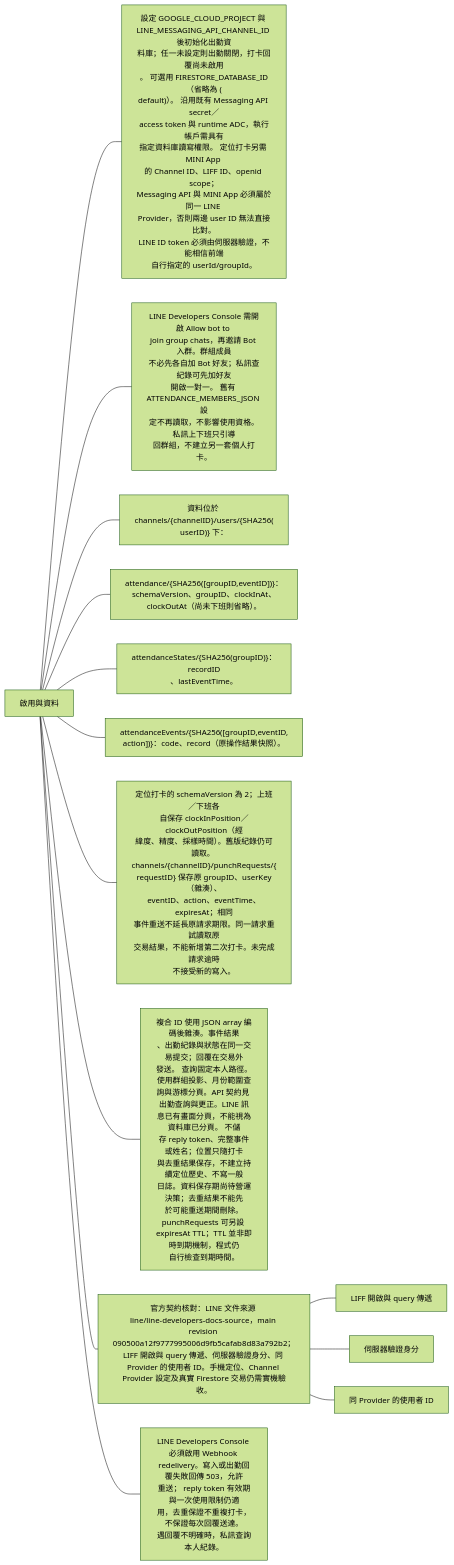
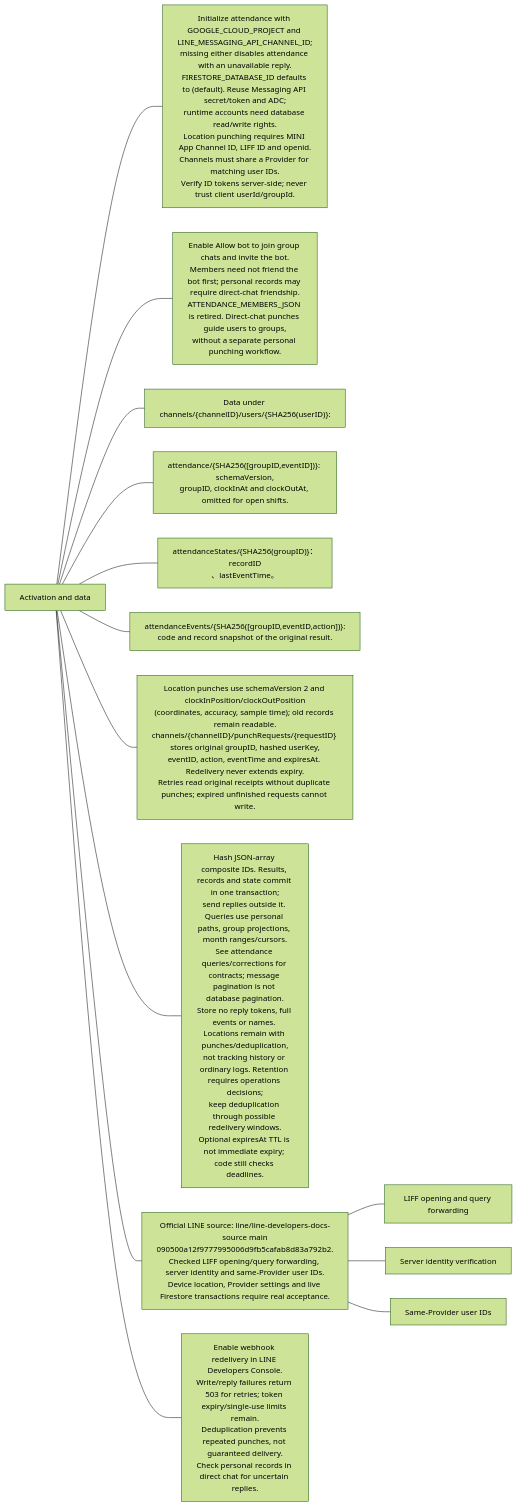
One commit to 963sup/line-mini-app-bot changed the sixth of 15 diagrams in docs/domains/attendance/README.md. Above: the diagram before and after it, drawn with Mermaid (forest theme). The commit also changed other lines of this file and 341 other files, not shown here.

````diff
--- a/docs/domains/attendance/README.md
+++ b/docs/domains/attendance/README.md
@@ -123,21 +137,21 @@
 ```mermaid
 flowchart LR
-  h["啟用與資料"]
-  h --- n0["設定 GOOGLE_CLOUD_PROJECT 與 <br/>LINE_MESSAGING_API_CHANNEL_ID 後初始化出勤資<br/>料庫；任一未設定則出勤關閉，打卡回覆尚未啟用<br/>。 可選用 FIRESTORE_DATABASE_ID（省略為 (<br/>default)）。 沿用既有 Messaging API secret／<br/>access token 與 runtime ADC，執行帳戶需具有<br/>指定資料庫讀寫權限。 定位打卡另需 MINI App <br/>的 Channel ID、LIFF ID、openid scope；<br/>Messaging API 與 MINI App 必須屬於同一 LINE <br/>Provider，否則兩邊 user ID 無法直接比對。<br/>LINE ID token 必須由伺服器驗證，不能相信前端<br/>自行指定的 userId/groupId。"]
-  h --- n1["LINE Developers Console 需開啟 Allow bot to <br/>join group chats，再邀請 Bot 入群。群組成員<br/>不必先各自加 Bot 好友；私訊查紀錄可先加好友<br/>開啟一對一。 舊有 ATTENDANCE_MEMBERS_JSON 設<br/>定不再讀取，不影響使用資格。私訊上下班只引導<br/>回群組，不建立另一套個人打卡。"]
-  h --- n2["資料位於 channels/{channelID}/users/{SHA256(<br/>userID)} 下："]
-  h --- n3["attendance/{SHA256([groupID,eventID])}：<br/>schemaVersion、groupID、clockInAt、<br/>clockOutAt（尚未下班則省略）。"]
+  h["Activation and data"]
+  h --- n0["Initialize attendance with GOOGLE_CLOUD_PROJECT and LINE_MESSAGING_API_CHANNEL_ID;<br/>missing either disables attendance with an unavailable reply.<br/>FIRESTORE_DATABASE_ID defaults to (default). Reuse Messaging API secret/token and ADC;<br/>runtime accounts need database read/write rights.<br/>Location punching requires MINI App Channel ID, LIFF ID and openid.<br/>Channels must share a Provider for matching user IDs.<br/>Verify ID tokens server-side; never trust client userId/groupId."]
+  h --- n1["Enable Allow bot to join group chats and invite the bot.<br/>Members need not friend the bot first; personal records may require direct-chat friendship.<br/>ATTENDANCE_MEMBERS_JSON is retired. Direct-chat punches guide users to groups,<br/>without a separate personal punching workflow."]
+  h --- n2["Data under channels/{channelID}/users/{SHA256(userID)}:"]
+  h --- n3["attendance/{SHA256([groupID,eventID])}: schemaVersion,<br/>groupID, clockInAt and clockOutAt, omitted for open shifts."]
   h --- n4["attendanceStates/{SHA256(groupID)}：recordID<br/>、lastEventTime。"]
-  h --- n5["attendanceEvents/{SHA256([groupID,eventID,<br/>action])}：code、record（原操作結果快照）。"]
-  h --- n6["定位打卡的 schemaVersion 為 2；上班／下班各<br/>自保存 clockInPosition／clockOutPosition（經<br/>緯度、精度、採樣時間）。舊版紀錄仍可讀取。 <br/>channels/{channelID}/punchRequests/{<br/>requestID} 保存原 groupID、userKey（雜湊）、<br/>eventID、action、eventTime、expiresAt；相同<br/>事件重送不延長原請求期限。同一請求重試讀取原<br/>交易結果，不能新增第二次打卡。未完成請求逾時<br/>不接受新的寫入。"]
-  h --- n7["複合 ID 使用 JSON array 編碼後雜湊。事件結果<br/>、出勤紀錄與狀態在同一交易提交；回覆在交易外<br/>發送。 查詢固定本人路徑。使用群組投影、月份範圍查詢與游標分頁。API 契約見 出勤查詢與更正。LINE 訊<br/>息已有畫面分頁，不能視為資料庫已分頁。 不儲<br/>存 reply token、完整事件或姓名；位置只隨打卡<br/>與去重結果保存，不建立持續定位歷史、不寫一般<br/>日誌。資料保存期尚待營運決策；去重結果不能先<br/>於可能重送期間刪除。punchRequests 可另設 <br/>expiresAt TTL；TTL 並非即時到期機制，程式仍<br/>自行檢查到期時間。"]
+  h --- n5["attendanceEvents/{SHA256([groupID,eventID,action])}:<br/>code and record snapshot of the original result."]
+  h --- n6["Location punches use schemaVersion 2 and clockInPosition/clockOutPosition<br/>(coordinates, accuracy, sample time); old records remain readable.<br/>channels/{channelID}/punchRequests/{requestID} stores original groupID, hashed userKey,<br/>eventID, action, eventTime and expiresAt. Redelivery never extends expiry.<br/>Retries read original receipts without duplicate punches; expired unfinished requests cannot write."]
+  h --- n7["Hash JSON-array composite IDs. Results, records and state commit in one transaction;<br/>send replies outside it. Queries use personal paths, group projections, month ranges/cursors.<br/>See attendance queries/corrections for contracts; message pagination is not database pagination.<br/>Store no reply tokens, full events or names. Locations remain with punches/deduplication,<br/>not tracking history or ordinary logs. Retention requires operations decisions;<br/>keep deduplication through possible redelivery windows.<br/>Optional expiresAt TTL is not immediate expiry; code still checks deadlines."]
   click n7 "queries.md"
-  h --- n8["官方契約核對：LINE 文件來源 <br/>line/line-developers-docs-source，main <br/>revision <br/>090500a12f9777995006d9fb5cafab8d83a792b2；<br/>LIFF 開啟與 query 傳遞、伺服器驗證身分、同 <br/>Provider 的使用者 ID。手機定位、Channel <br/>Provider 設定及真實 Firestore 交易仍需實機驗<br/>收。"]
-  n8 --- n8l0["LIFF 開啟與 query 傳遞"]
+  h --- n8["Official LINE source: line/line-developers-docs-source main<br/>090500a12f9777995006d9fb5cafab8d83a792b2.<br/>Checked LIFF opening/query forwarding, server identity and same-Provider user IDs.<br/>Device location, Provider settings and live Firestore transactions require real acceptance."]
+  n8 --- n8l0["LIFF opening and query forwarding"]
   click n8l0 "https://developers.line.biz/en/docs/liff/opening-liff-app/"
-  n8 --- n8l1["伺服器驗證身分"]
+  n8 --- n8l1["Server identity verification"]
   click n8l1 "https://developers.line.biz/en/docs/liff/using-user-profile/"
-  n8 --- n8l2["同 Provider 的使用者 ID"]
+  n8 --- n8l2["Same-Provider user IDs"]
   click n8l2 "https://developers.line.biz/en/docs/messaging-api/getting-user-ids/"
-  h --- n9["LINE Developers Console 必須啟用 Webhook <br/>redelivery。寫入或出勤回覆失敗回傳 503，允許<br/>重送； reply token 有效期與一次使用限制仍適<br/>用，去重保證不重複打卡，不保證每次回覆送達。<br/>遇回覆不明確時，私訊查詢本人紀錄。"]
+  h --- n9["Enable webhook redelivery in LINE Developers Console.<br/>Write/reply failures return 503 for retries; token expiry/single-use limits remain.<br/>Deduplication prevents repeated punches, not guaranteed delivery.<br/>Check personal records in direct chat for uncertain replies."]
 ```
````
